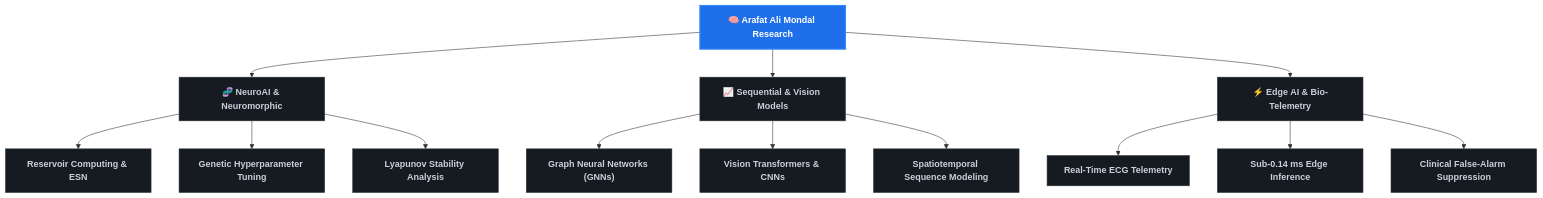
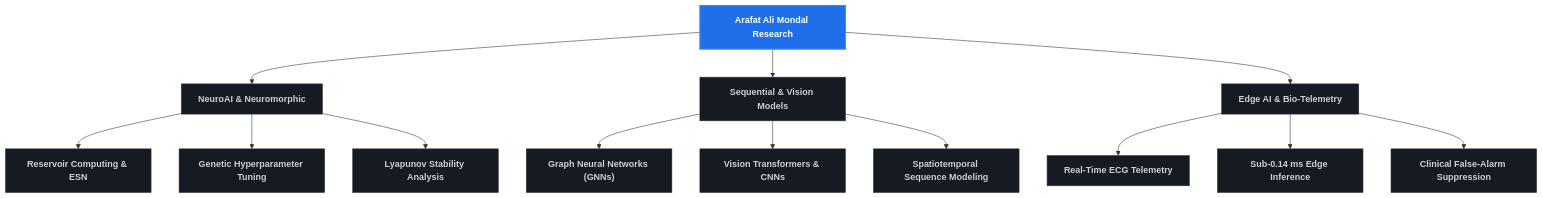
Before and after one commit to arafat678/arafat678: the diagram in README.md, drawn with Mermaid. The commit also changed other lines of this file, not shown here.

````diff
--- a/README.md
+++ b/README.md
@@ -40,22 +40,22 @@
 ```mermaid
 graph TD
-    Root["🧠 Arafat Ali Mondal Research"] --> A["🧬 NeuroAI & Neuromorphic"]
-    Root --> B["📈 Sequential & Vision Models"]
-    Root --> C["⚡ Edge AI & Bio-Telemetry"]
+    Root[" Arafat Ali Mondal Research"] --> A[" NeuroAI & Neuromorphic"]
+    Root --> B[" Sequential & Vision Models"]
+    Root --> C[" Edge AI & Bio-Telemetry"]
 
     A --> A1["Reservoir Computing & ESN"]
     A --> A2["Genetic Hyperparameter Tuning"]
     A --> A3["Lyapunov Stability Analysis"]
 
     B --> B1["Graph Neural Networks (GNNs)"]
     B --> B2["Vision Transformers & CNNs"]
     B --> B3["Spatiotemporal Sequence Modeling"]
 
     C --> C1["Real-Time ECG Telemetry"]
     C --> C2["Sub-0.14 ms Edge Inference"]
     C --> C3["Clinical False-Alarm Suppression"]
 
     classDef default fill:#161b22,stroke:#30363d,stroke-width:1px,color:#c9d1d9;
     classDef root fill:#1f6feb,stroke:#388bfd,stroke-width:2px,color:#ffffff,font-weight:bold;
     class Root root;
 ```
````
